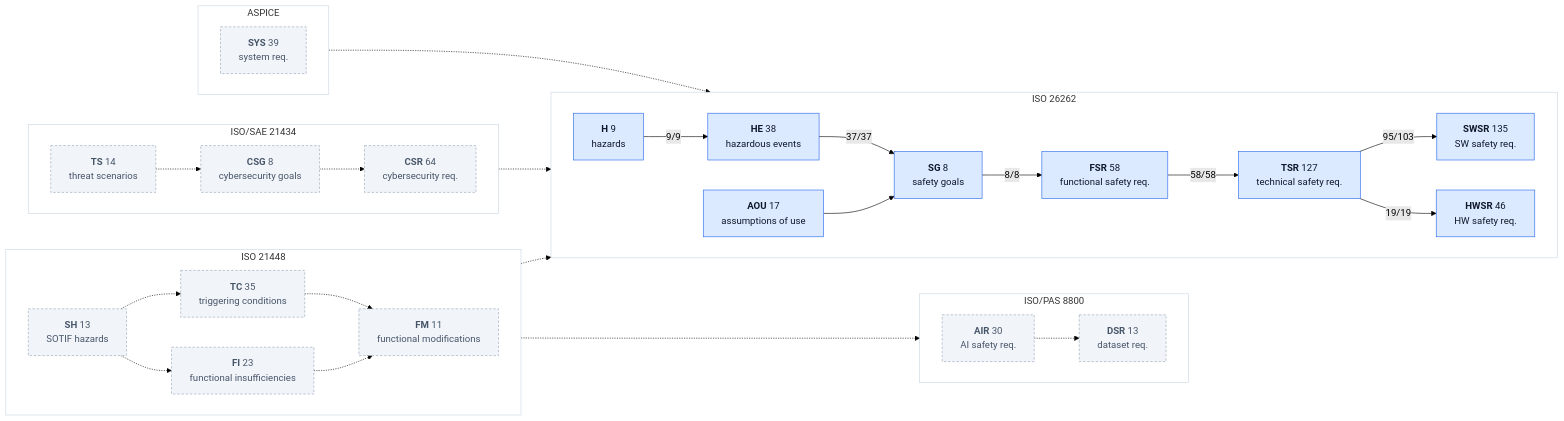
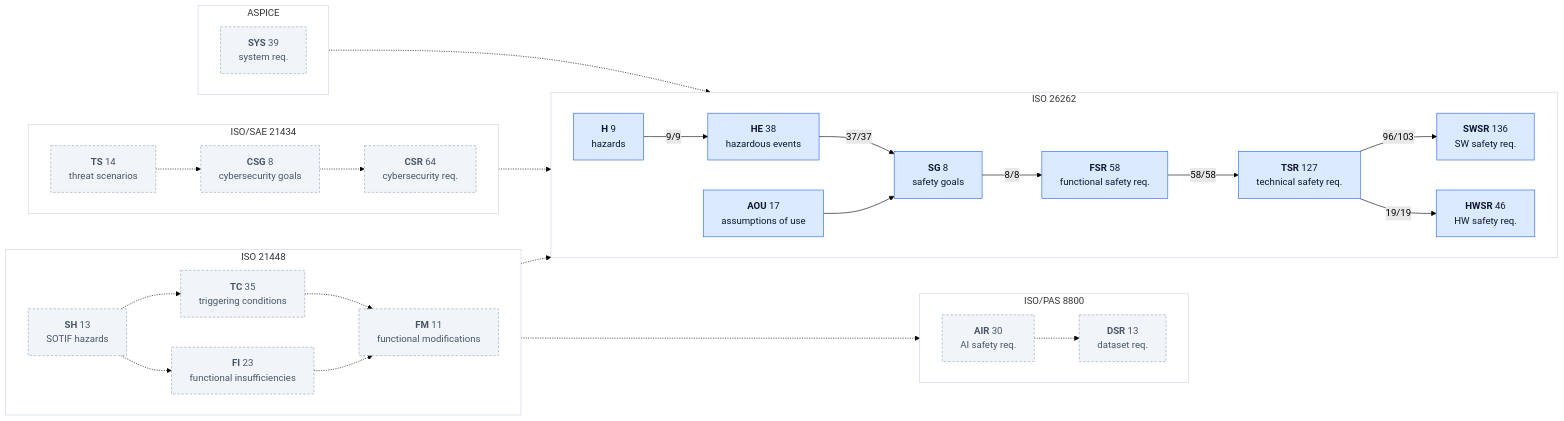
One commit to jherrodthomas/LionDriver changed the second of 2 diagrams in assurance/trace/maps/aspice-trace-map.md. Above: the diagram before and after it, drawn with Mermaid (forest theme). The commit also changed other lines of this file and 36 other files, not shown here.

````diff
--- a/assurance/trace/maps/aspice-trace-map.md
+++ b/assurance/trace/maps/aspice-trace-map.md
@@ -188,61 +188,61 @@
 ```mermaid
 flowchart LR
   subgraph ISO26262["ISO 26262"]
     direction LR
     kH["<b>H</b> 9<br/>hazards"]:::traced
     kHE["<b>HE</b> 38<br/>hazardous events"]:::traced
     kSG["<b>SG</b> 8<br/>safety goals"]:::traced
     kFSR["<b>FSR</b> 58<br/>functional safety req."]:::traced
     kTSR["<b>TSR</b> 127<br/>technical safety req."]:::traced
-    kSWSR["<b>SWSR</b> 135<br/>SW safety req."]:::traced
+    kSWSR["<b>SWSR</b> 136<br/>SW safety req."]:::traced
     kHWSR["<b>HWSR</b> 46<br/>HW safety req."]:::traced
     kAOU["<b>AOU</b> 17<br/>assumptions of use"]:::traced
   end
   style ISO26262 fill:#FFFFFF,stroke:#CBD5E1
   subgraph ISO21448["ISO 21448"]
     direction LR
     kSH["<b>SH</b> 13<br/>SOTIF hazards"]:::doc
     kTC["<b>TC</b> 35<br/>triggering conditions"]:::doc
     kFI["<b>FI</b> 23<br/>functional insufficiencies"]:::doc
     kFM["<b>FM</b> 11<br/>functional modifications"]:::doc
   end
   style ISO21448 fill:#FFFFFF,stroke:#CBD5E1
   subgraph ISOPAS8800["ISO/PAS 8800"]
     direction LR
     kAIR["<b>AIR</b> 30<br/>AI safety req."]:::doc
     kDSR["<b>DSR</b> 13<br/>dataset req."]:::doc
   end
   style ISOPAS8800 fill:#FFFFFF,stroke:#CBD5E1
   subgraph ISOSAE21434["ISO/SAE 21434"]
     direction LR
     kTS["<b>TS</b> 14<br/>threat scenarios"]:::doc
     kCSG["<b>CSG</b> 8<br/>cybersecurity goals"]:::doc
     kCSR["<b>CSR</b> 64<br/>cybersecurity req."]:::doc
   end
   style ISOSAE21434 fill:#FFFFFF,stroke:#CBD5E1
   subgraph ASPICE["ASPICE"]
     direction LR
     kSYS["<b>SYS</b> 39<br/>system req."]:::doc
   end
   style ASPICE fill:#FFFFFF,stroke:#CBD5E1
   kH -->|"9/9"| kHE
   kHE -->|"37/37"| kSG
   kSG -->|"8/8"| kFSR
   kFSR -->|"58/58"| kTSR
-  kTSR -->|"95/103"| kSWSR
+  kTSR -->|"96/103"| kSWSR
   kTSR -->|"19/19"| kHWSR
   kAOU --> kSG
   kSH -.-> kTC
   kSH -.-> kFI
   kTC -.-> kFM
   kFI -.-> kFM
   kSH -.-> kHE
   kFI -.-> kAIR
   kAIR -.-> kDSR
   kTS -.-> kCSG
   kCSG -.-> kCSR
   kCSG -.-> kSG
   kSYS -.-> kTSR
   classDef traced fill:#DBEAFE,stroke:#2563EB,color:#0F172A
   classDef doc fill:#F1F5F9,stroke:#94A3B8,stroke-dasharray:4 3,color:#475569
 ```
````
